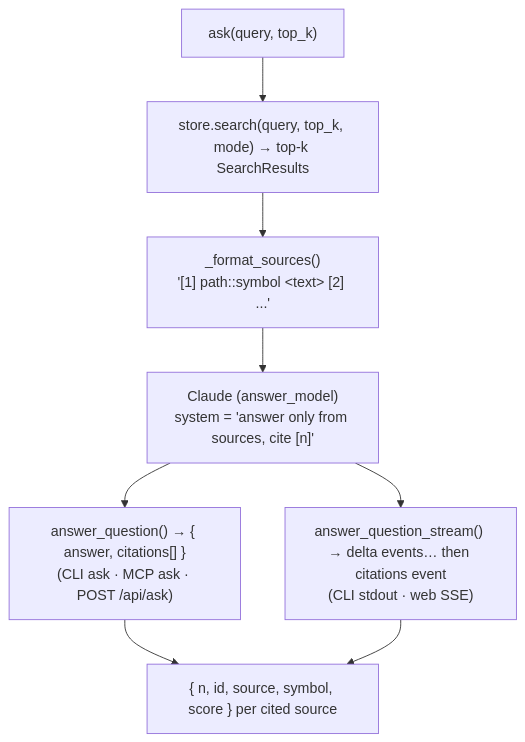
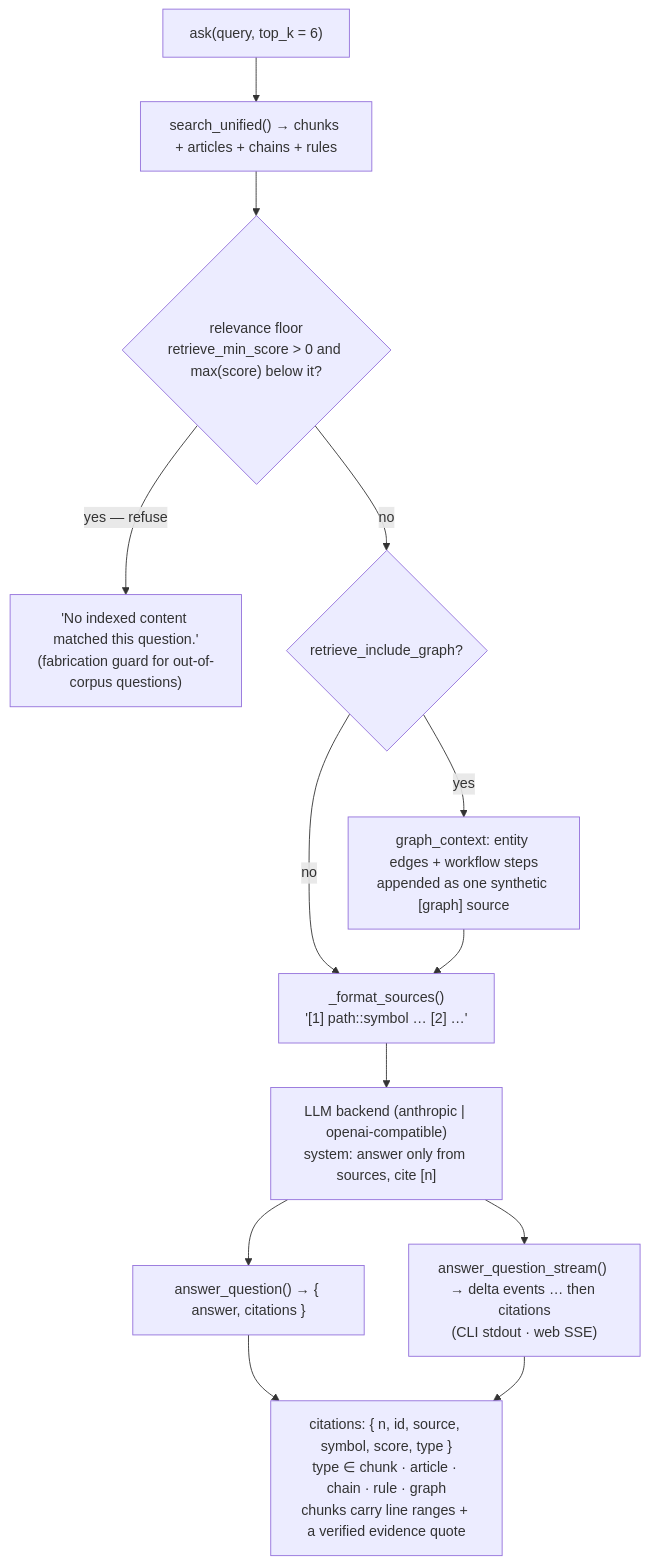
One commit to b5336789/open-domain-mcp changed the fifth of 7 diagrams in README.md. Above: the diagram before and after it, drawn with Mermaid. The commit also changed other lines of this file, not shown here.

First line of the commit message:
docs: rewrite README for the current platform, redraw all mermaid diagrams

````diff
--- a/README.md
+++ b/README.md
@@ -197,11 +286,16 @@
 ```mermaid
 flowchart TD
-    ASK["ask(query, top_k)"]
-    ASK --> SEARCH["store.search(query, top_k, mode) → top-k SearchResults"]
-    SEARCH --> FMT["_format_sources()<br/>'[1] path::symbol &lt;text&gt; [2] ...'"]
-    FMT --> CLAUDE["Claude (answer_model)<br/>system = 'answer only from sources, cite [n]'"]
-    CLAUDE --> SYNC2["answer_question() → { answer, citations[] }<br/>(CLI ask · MCP ask · POST /api/ask)"]
-    CLAUDE --> STREAM["answer_question_stream() → delta events… then citations event<br/>(CLI stdout · web SSE)"]
-    SYNC2 --> CIT["{ n, id, source, symbol, score } per cited source"]
+    ASK["ask(query, top_k = 6)"]
+    ASK --> SU["search_unified() → chunks + articles + chains + rules"]
+    SU --> FLOOR{"relevance floor<br/>retrieve_min_score > 0 and max(score) below it?"}
+    FLOOR -->|"yes — refuse"| NOMATCH["'No indexed content matched this question.'<br/>(fabrication guard for out-of-corpus questions)"]
+    FLOOR -->|"no"| GC{"retrieve_include_graph?"}
+    GC -->|"yes"| GCTX["graph_context: entity edges + workflow steps<br/>appended as one synthetic [graph] source"]
+    GC -->|"no"| FMT
+    GCTX --> FMT["_format_sources()<br/>'[1] path::symbol … [2] …'"]
+    FMT --> LLM["LLM backend (anthropic | openai-compatible)<br/>system: answer only from sources, cite [n]"]
+    LLM --> SYNC["answer_question() → { answer, citations }"]
+    LLM --> STREAM["answer_question_stream() → delta events … then citations<br/>(CLI stdout · web SSE)"]
+    SYNC --> CIT["citations: { n, id, source, symbol, score, type }<br/>type ∈ chunk · article · chain · rule · graph<br/>chunks carry line ranges + a verified evidence quote"]
     STREAM --> CIT
 ```
````
